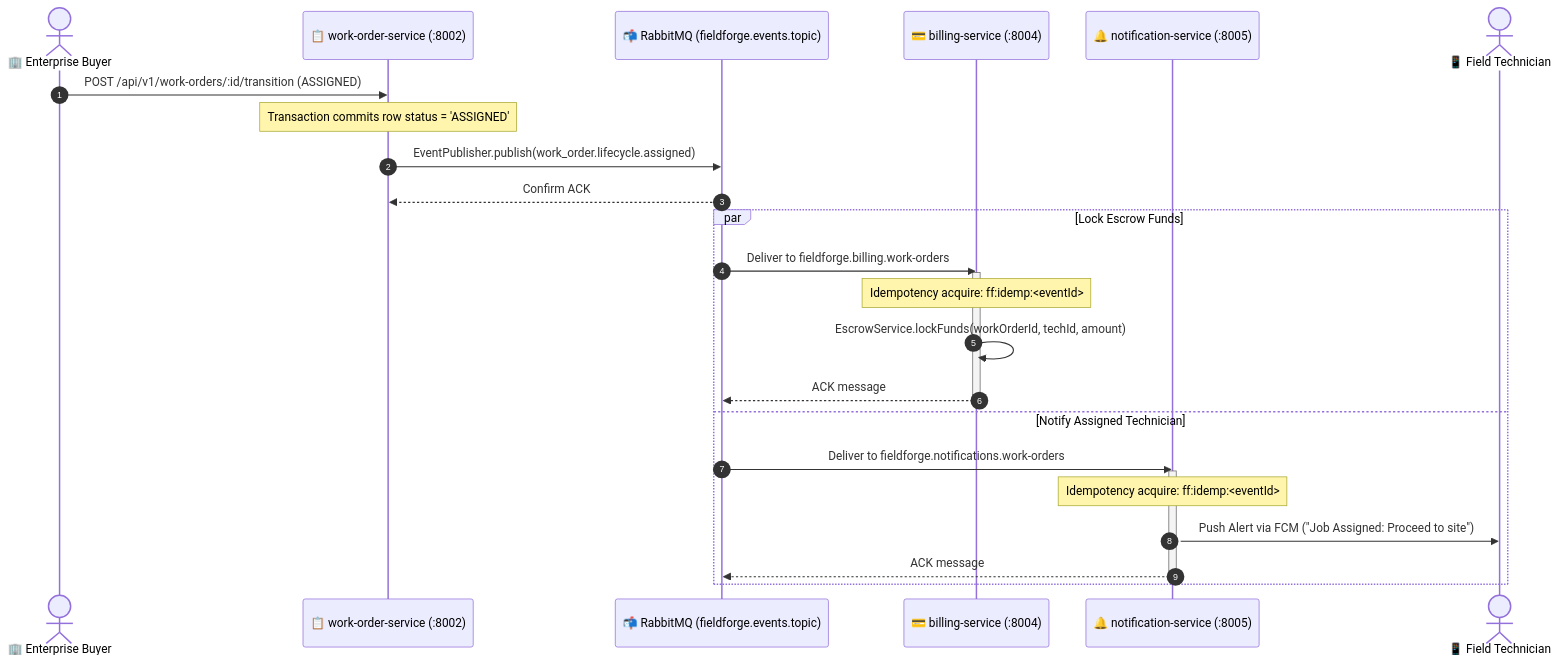
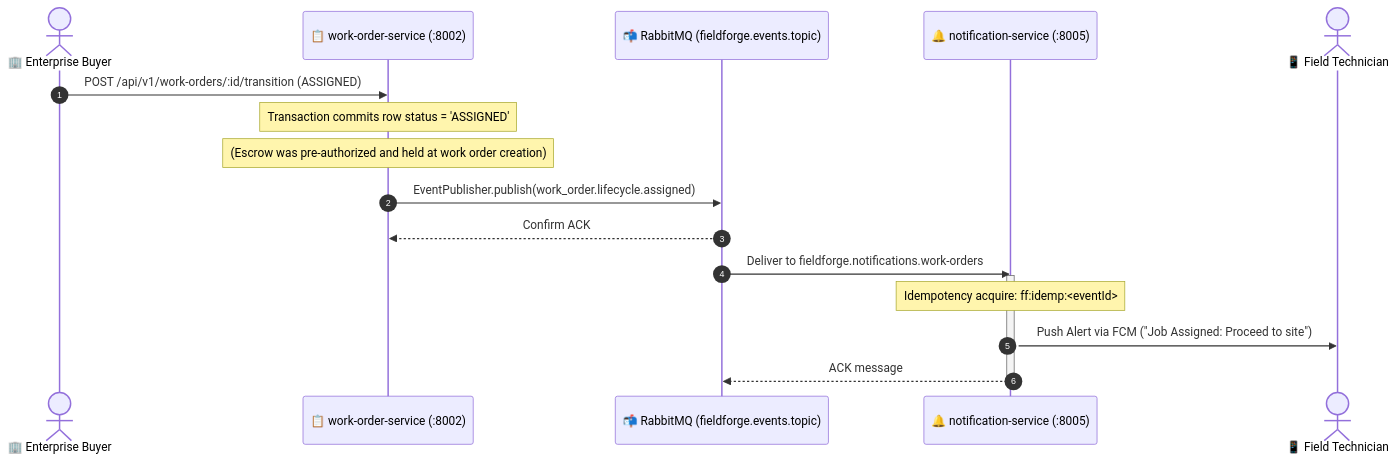
Before and after one commit to satya-ranjon/FieldForge: the second of 6 diagrams in docs/MESSAGE_FLOW.md, drawn with Mermaid. The commit also changed other lines of this file and 5 other files, not shown here.

First line of the commit message:
fix(billing): eliminate no-op consumer subscription on WORK_ORDER_ASSIGNED (FF-ARCH-09)

````diff
--- a/docs/MESSAGE_FLOW.md
+++ b/docs/MESSAGE_FLOW.md
@@ -174,31 +174,22 @@
 ```mermaid
 sequenceDiagram
     autonumber
     actor Buyer as 🏢 Enterprise Buyer
     participant WOSvc as 📋 work-order-service (:8002)
     participant MQ as 📬 RabbitMQ (fieldforge.events.topic)
-    participant BillSvc as 💳 billing-service (:8004)
     participant NotifSvc as 🔔 notification-service (:8005)
     actor Tech as 📱 Field Technician
 
     Buyer->>WOSvc: POST /api/v1/work-orders/:id/transition (ASSIGNED)
     Note over WOSvc: Transaction commits row status = 'ASSIGNED'
+    Note over WOSvc: (Escrow was pre-authorized and held at work order creation)
     WOSvc->>MQ: EventPublisher.publish(work_order.lifecycle.assigned)
     MQ-->>WOSvc: Confirm ACK
 
-    par Lock Escrow Funds
-        MQ->>BillSvc: Deliver to fieldforge.billing.work-orders
-        activate BillSvc
-        Note over BillSvc: Idempotency acquire: ff:idemp:<eventId>
-        BillSvc->>BillSvc: EscrowService.lockFunds(workOrderId, techId, amount)
-        BillSvc-->>MQ: ACK message
-        deactivate BillSvc
-    and Notify Assigned Technician
-        MQ->>NotifSvc: Deliver to fieldforge.notifications.work-orders
-        activate NotifSvc
-        Note over NotifSvc: Idempotency acquire: ff:idemp:<eventId>
-        NotifSvc->>Tech: Push Alert via FCM ("Job Assigned: Proceed to site")
-        NotifSvc-->>MQ: ACK message
-        deactivate NotifSvc
-    end
+    MQ->>NotifSvc: Deliver to fieldforge.notifications.work-orders
+    activate NotifSvc
+    Note over NotifSvc: Idempotency acquire: ff:idemp:<eventId>
+    NotifSvc->>Tech: Push Alert via FCM ("Job Assigned: Proceed to site")
+    NotifSvc-->>MQ: ACK message
+    deactivate NotifSvc
 ```
````
